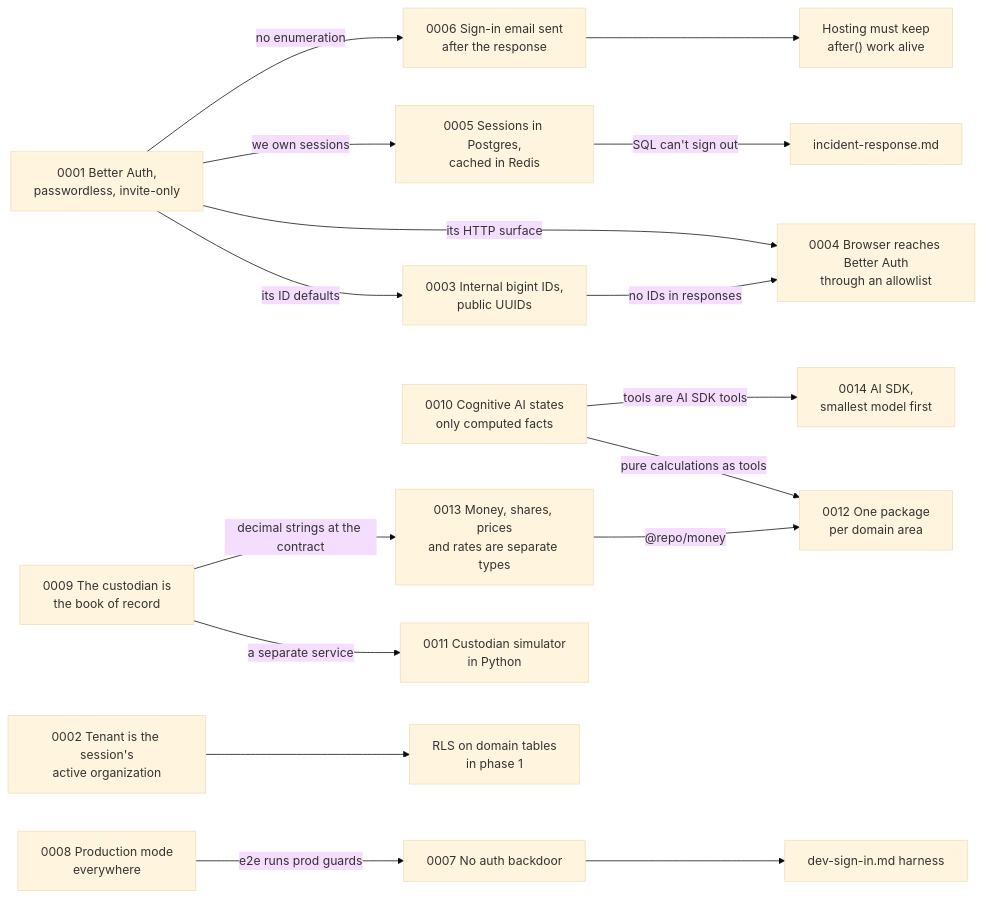
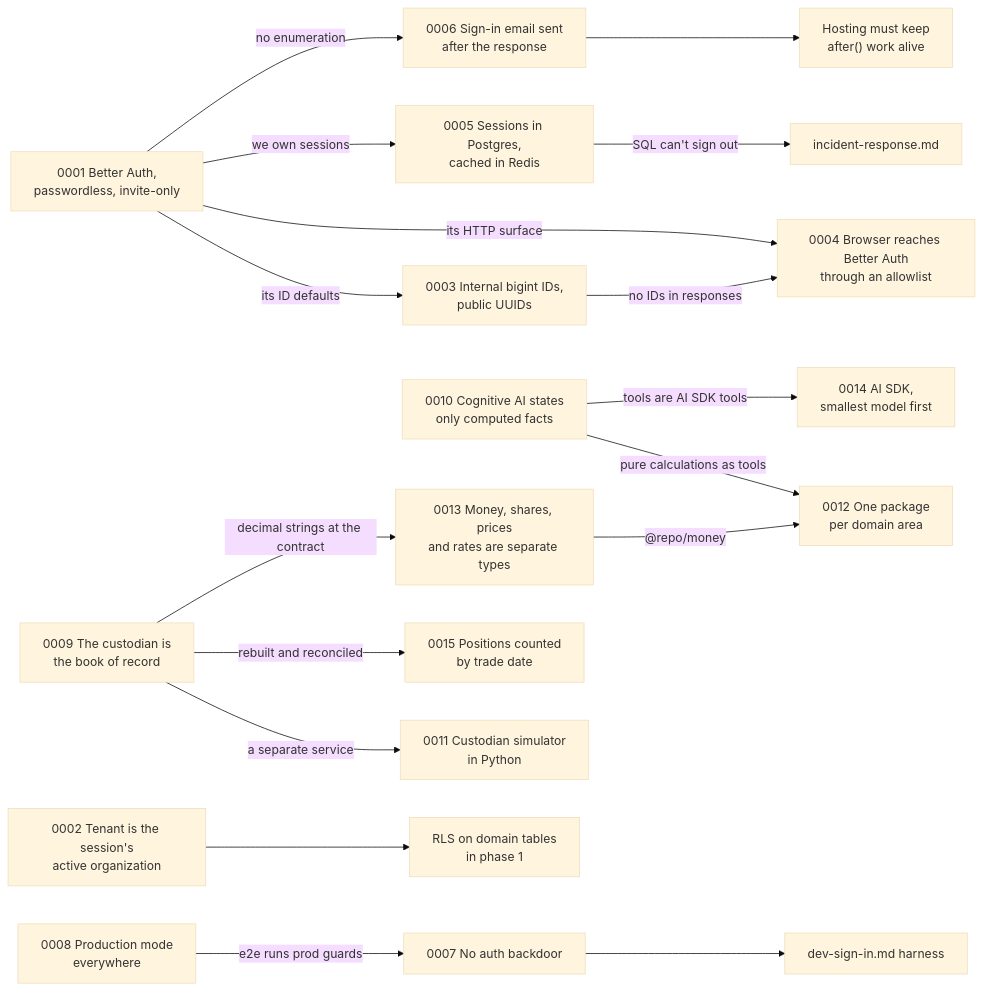
The diagram in docs/diagrams/decisions.mmd (m0t0r/cognitive-wealth), drawn with Mermaid (base theme) before and after one commit. The commit also changed 9 other files, not shown here.

First line of the commit message:
docs(adr): count Positions by trade date, and fix settled cash in the primer

```diff
--- a/docs/diagrams/decisions.mmd
+++ b/docs/diagrams/decisions.mmd
@@ -1,36 +1,38 @@
 flowchart LR
   a1["0001 Better Auth,<br/>passwordless, invite-only"]
   a2["0002 Tenant is the session's<br/>active organization"]
   a3["0003 Internal bigint IDs,<br/>public UUIDs"]
   a4["0004 Browser reaches Better Auth<br/>through an allowlist"]
   a5["0005 Sessions in Postgres,<br/>cached in Redis"]
   a6["0006 Sign-in email sent<br/>after the response"]
   a7["0007 No auth backdoor"]
   a8["0008 Production mode<br/>everywhere"]
   a9["0009 The custodian is<br/>the book of record"]
   a10["0010 Cognitive AI states<br/>only computed facts"]
   a11["0011 Custodian simulator<br/>in Python"]
   a12["0012 One package<br/>per domain area"]
   a13["0013 Money, shares, prices<br/>and rates are separate types"]
   a14["0014 AI SDK,<br/>smallest model first"]
+  a15["0015 Positions counted<br/>by trade date"]
 
   ir["incident-response.md"]
   host["Hosting must keep<br/>after() work alive"]
   rls["RLS on domain tables<br/>in phase 1"]
   harness["dev-sign-in.md harness"]
 
   a1 -->|"its ID defaults"| a3
   a1 -->|"its HTTP surface"| a4
   a1 -->|"we own sessions"| a5
   a1 -->|"no enumeration"| a6
   a3 -->|"no IDs in responses"| a4
   a5 -->|"SQL can't sign out"| ir
   a6 --> host
   a2 --> rls
   a7 --> harness
   a8 -->|"e2e runs prod guards"| a7
   a9 -->|"a separate service"| a11
+  a9 -->|"rebuilt and reconciled"| a15
   a9 -->|"decimal strings at the contract"| a13
   a10 -->|"pure calculations as tools"| a12
   a10 -->|"tools are AI SDK tools"| a14
   a13 -->|"@repo/money"| a12
```
